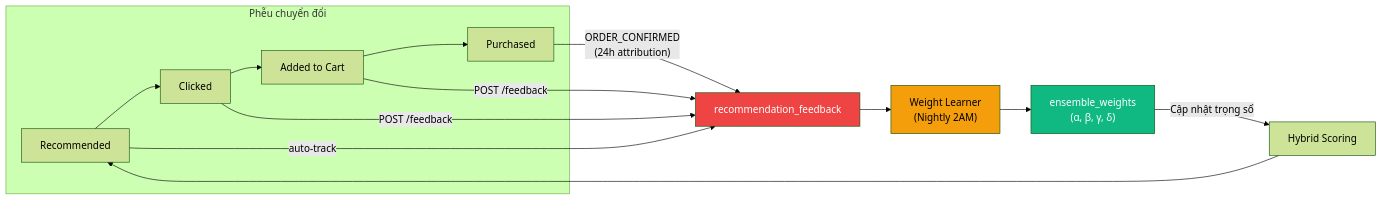
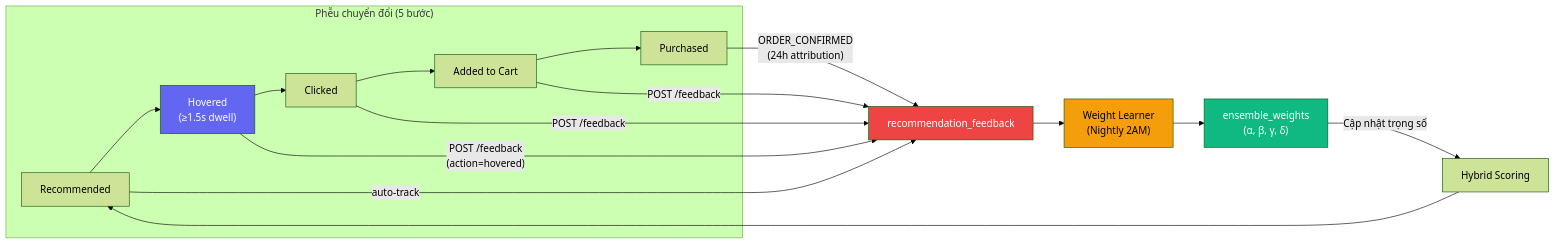
Before and after one commit to PhatNguyenTT2/microservices: the second of 4 diagrams in docs/chatbot/report/REPORT.md, drawn with Mermaid (forest theme). The commit also changed other lines of this file and 29 other files, not shown here.

````diff
--- a/docs/chatbot/report/REPORT.md
+++ b/docs/chatbot/report/REPORT.md
@@ -46,22 +46,25 @@
 ```mermaid
 flowchart LR
-    subgraph "Phễu chuyển đổi"
-        R["Recommended"] --> CL["Clicked"]
+    subgraph "Phễu chuyển đổi (5 bước)"
+        R["Recommended"] --> HV["Hovered\n(≥1.5s dwell)"]
+        HV --> CL["Clicked"]
         CL --> AC["Added to Cart"]
         AC --> P["Purchased"]
     end
 
     P --> |"ORDER_CONFIRMED\n(24h attribution)"| FB["recommendation_feedback"]
+    HV --> |"POST /feedback\n(action=hovered)"| FB
     CL --> |"POST /feedback"| FB
     AC --> |"POST /feedback"| FB
     R --> |"auto-track"| FB
 
     FB --> WL["Weight Learner\n(Nightly 2AM)"]
     WL --> EW["ensemble_weights\n(α, β, γ, δ)"]
     EW --> |"Cập nhật trọng số"| HS["Hybrid Scoring"]
     HS --> R
 
     style FB fill:#ef4444,color:#fff
     style WL fill:#f59e0b,color:#000
     style EW fill:#10b981,color:#fff
+    style HV fill:#6366f1,color:#fff
 ```
````
